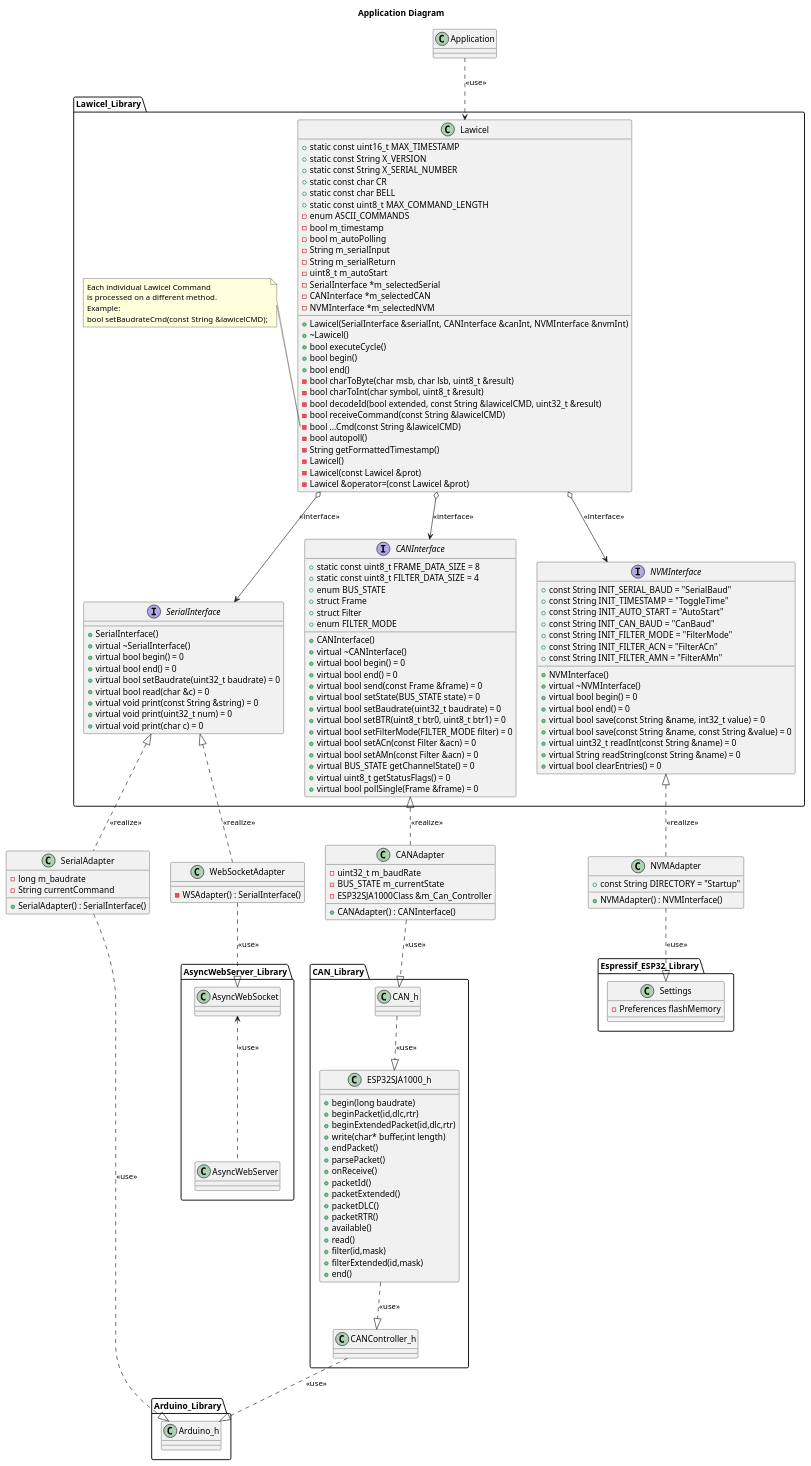
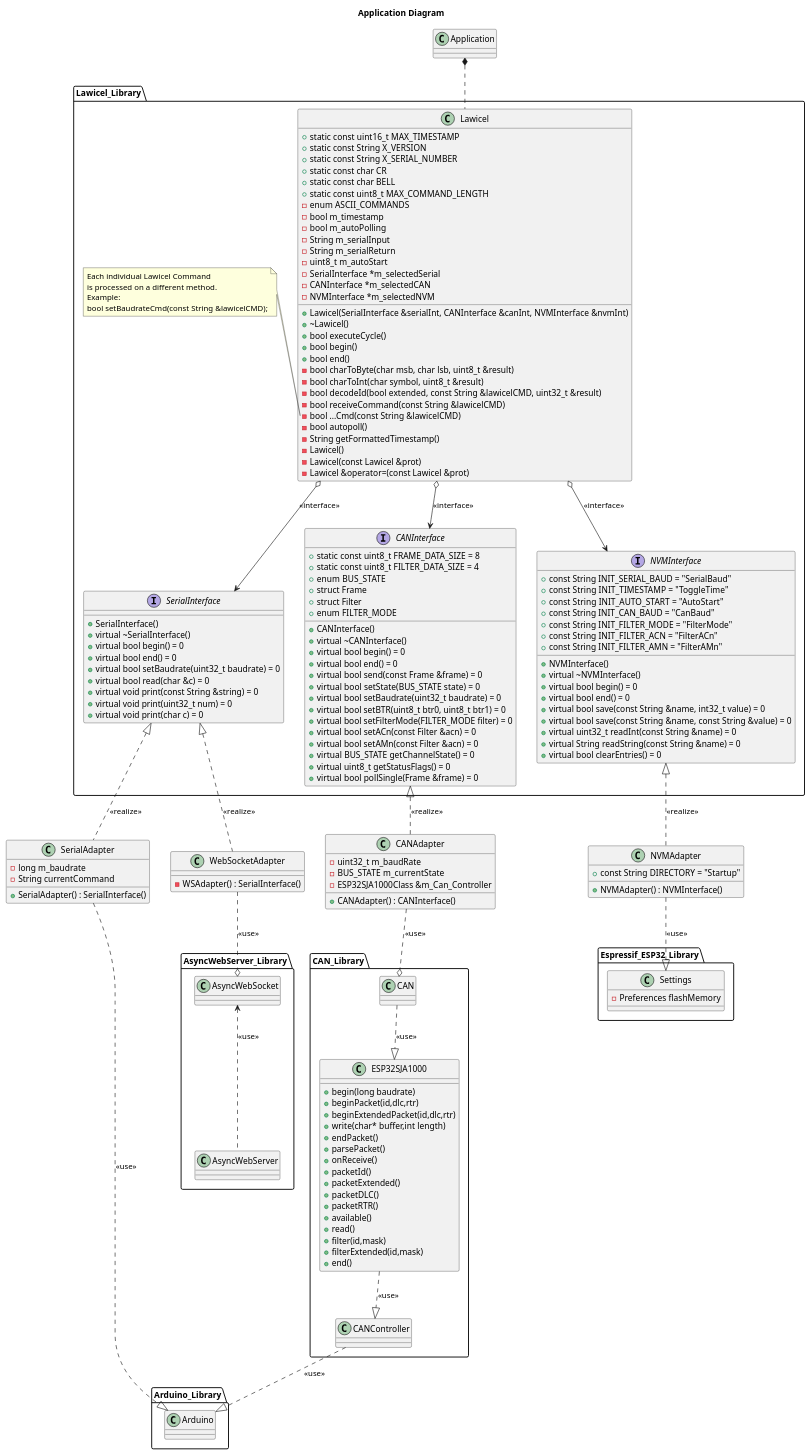
The diagram in Coding/fw/doc/design/Architecture_Lawicel.plantuml (NewTec-GmbH/esp32-can-iot), drawn with PlantUML before and after one commit. The commit also changed 1 other file, not shown here.

Commit message:
Fixed Diagram Arrows

```diff
--- a/Coding/fw/doc/design/Architecture_Lawicel.plantuml
+++ b/Coding/fw/doc/design/Architecture_Lawicel.plantuml
@@ -1,187 +1,186 @@
 @startuml
 
 Title Application Diagram
 
 Class Application
 
 package Lawicel_Library <<Folder>>{
     Class Lawicel{
         +static const uint16_t MAX_TIMESTAMP
         +static const String X_VERSION
         +static const String X_SERIAL_NUMBER
         +static const char CR
         +static const char BELL
         +static const uint8_t MAX_COMMAND_LENGTH
         +Lawicel(SerialInterface &serialInt, CANInterface &canInt, NVMInterface &nvmInt)
         +~Lawicel()
         +bool executeCycle()
         +bool begin()
         +bool end()
         -enum ASCII_COMMANDS
         -bool charToByte(char msb, char lsb, uint8_t &result)
         -bool charToInt(char symbol, uint8_t &result)
         -bool decodeId(bool extended, const String &lawicelCMD, uint32_t &result)
         -bool receiveCommand(const String &lawicelCMD)
         -bool ...Cmd(const String &lawicelCMD)
         -bool autopoll()
         -String getFormattedTimestamp()
         -bool m_timestamp
         -bool m_autoPolling
         -String m_serialInput
         -String m_serialReturn
         -uint8_t m_autoStart
         -SerialInterface *m_selectedSerial
         -CANInterface *m_selectedCAN
         -NVMInterface *m_selectedNVM
         -Lawicel()
         -Lawicel(const Lawicel &prot)
         -Lawicel &operator=(const Lawicel &prot)
     }
 
     note left  of Lawicel::...Cmd
     Each individual Lawicel Command
     is processed on a different method.
     Example:
     bool setBaudrateCmd(const String &lawicelCMD);
     end note
 
-    Application ..> Lawicel : <<use>>
+    Application *.. Lawicel
 
     Interface SerialInterface{
         +SerialInterface()
         +virtual ~SerialInterface()
         +virtual bool begin() = 0
         +virtual bool end() = 0
         +virtual bool setBaudrate(uint32_t baudrate) = 0
         +virtual bool read(char &c) = 0
         +virtual void print(const String &string) = 0
         +virtual void print(uint32_t num) = 0
         +virtual void print(char c) = 0
     }
 
     Interface CANInterface {
         +static const uint8_t FRAME_DATA_SIZE = 8
         +static const uint8_t FILTER_DATA_SIZE = 4
         +enum BUS_STATE
         +struct Frame
         +struct Filter
         +enum FILTER_MODE
         +CANInterface()
         +virtual ~CANInterface()
         +virtual bool begin() = 0
         +virtual bool end() = 0
         +virtual bool send(const Frame &frame) = 0
         +virtual bool setState(BUS_STATE state) = 0
         +virtual bool setBaudrate(uint32_t baudrate) = 0
         +virtual bool setBTR(uint8_t btr0, uint8_t btr1) = 0
         +virtual bool setFilterMode(FILTER_MODE filter) = 0
         +virtual bool setACn(const Filter &acn) = 0
         +virtual bool setAMn(const Filter &acn) = 0
         +virtual BUS_STATE getChannelState() = 0
         +virtual uint8_t getStatusFlags() = 0
         +virtual bool pollSingle(Frame &frame) = 0
     }
 
     Interface NVMInterface{
         +const String INIT_SERIAL_BAUD = "SerialBaud"
         +const String INIT_TIMESTAMP = "ToggleTime"
         +const String INIT_AUTO_START = "AutoStart"
         +const String INIT_CAN_BAUD = "CanBaud"
         +const String INIT_FILTER_MODE = "FilterMode"
         +const String INIT_FILTER_ACN = "FilterACn"
         +const String INIT_FILTER_AMN = "FilterAMn"
         +NVMInterface()
         +virtual ~NVMInterface()
         +virtual bool begin() = 0
         +virtual bool end() = 0
         +virtual bool save(const String &name, int32_t value) = 0
         +virtual bool save(const String &name, const String &value) = 0
         +virtual uint32_t readInt(const String &name) = 0
         +virtual String readString(const String &name) = 0
         +virtual bool clearEntries() = 0
     }
 
     Lawicel o--> SerialInterface : <<interface>>
     Lawicel o--> CANInterface : <<interface>>
     Lawicel o--> NVMInterface : <<interface>>
 }
 
 Class SerialAdapter{
     +SerialAdapter() : SerialInterface()
     -long m_baudrate
     -String currentCommand
 }
 
 Class CANAdapter{
     +CANAdapter() : CANInterface()
     -uint32_t m_baudRate
     -BUS_STATE m_currentState
     -ESP32SJA1000Class &m_Can_Controller
 }
 
 Class NVMAdapter{
     +const String DIRECTORY = "Startup"
     +NVMAdapter() : NVMInterface()
 }
 
 Class WebSocketAdapter{
     -WSAdapter() : SerialInterface()
 }
 
 NVMInterface <|.down. NVMAdapter : <<realize>>
 SerialInterface <|.down. SerialAdapter : <<realize>>
 CANInterface <|.down. CANAdapter : <<realize>>
 SerialInterface <|.down. WebSocketAdapter : <<realize>>
 
 package Espressif_ESP32_Library{
     Class Settings{
-
         -Preferences flashMemory
     }
 }
 
 NVMAdapter ..|> Settings : <<use>>
 
 package Arduino_Library{
-    Class Arduino_h
-    Arduino_h  <|.up. SerialAdapter : <<use>>
+    Class Arduino
+    Arduino  <|.up. SerialAdapter : <<use>>
 }
 
 package CAN_Library <<Folder>>{
-    Class CAN_h
-    Class ESP32SJA1000_h{
+    Class CAN
+    Class ESP32SJA1000{
         +begin(long baudrate)
         +beginPacket(id,dlc,rtr)
         +beginExtendedPacket(id,dlc,rtr)
         +write(char* buffer,int length)
         +endPacket()
         +parsePacket()
         +onReceive()
         +packetId()
         +packetExtended()
         +packetDLC()
         +packetRTR()
         +available()
         +read()
         +filter(id,mask)
         +filterExtended(id,mask)
         +end()
     }
-    Class CANController_h
-    CAN_h  <|.up. CANAdapter: <<use>>
-    ESP32SJA1000_h  <|.up. CAN_h: <<use>>
-    CANController_h  <|.up. ESP32SJA1000_h: <<use>>
-    Arduino_h  <|.up. CANController_h: <<use>>
+    Class CANController
+    CAN  o.up. CANAdapter: <<use>>
+    ESP32SJA1000  <|.up. CAN: <<use>>
+    CANController  <|.up. ESP32SJA1000: <<use>>
+    Arduino <|.up. CANController: <<use>>
 }
 
 package AsyncWebServer_Library <<Folder>>{
     class AsyncWebServer
     class AsyncWebSocket
 
     AsyncWebSocket <.. AsyncWebServer : <<use>>
 }
 
-WebSocketAdapter ..|> AsyncWebSocket : <<use>>
+WebSocketAdapter ..o AsyncWebSocket : <<use>>
 
 
 @enduml
```
